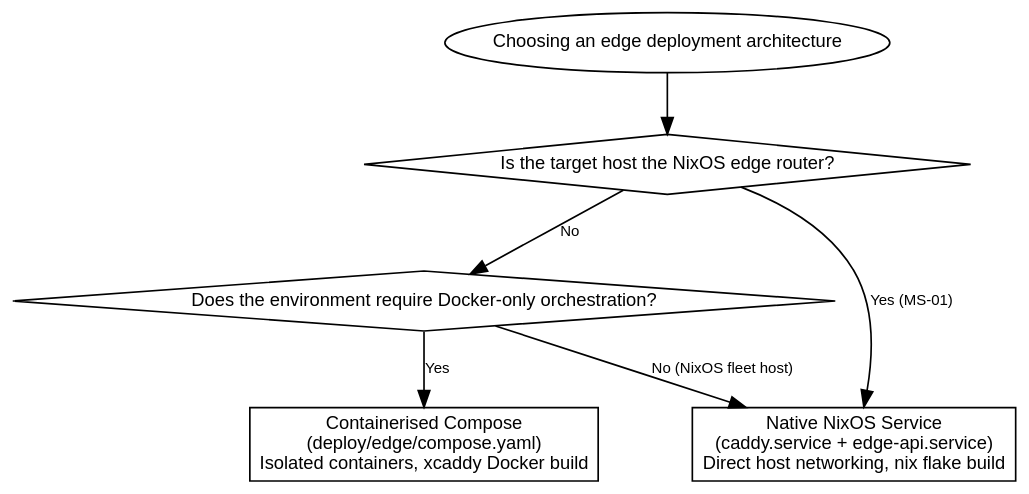
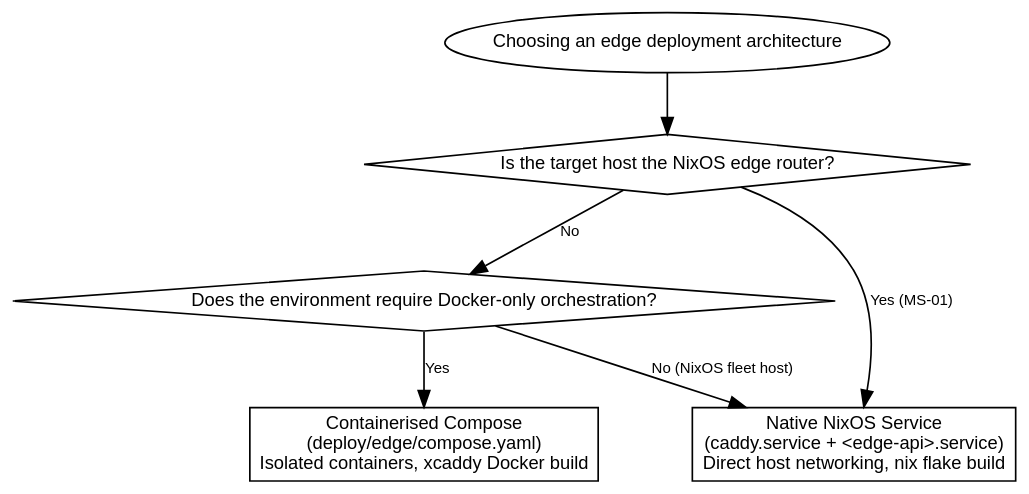
The third of 3 diagrams in src/content/docs/reference/edge-caddy-on-nixos.mdx (erfianugrah/lexicanum), drawn with Graphviz before and after one commit. The commit also changed other lines of this file and 90 other files, not shown here.

````diff
--- a/src/content/docs/reference/edge-caddy-on-nixos.mdx
+++ b/src/content/docs/reference/edge-caddy-on-nixos.mdx
@@ -487,20 +487,20 @@
 ```dot
 digraph {
   rankdir=TB; bgcolor="transparent"; nodesep=0.3; ranksep=0.5;
   fontname="Helvetica,Arial,sans-serif";
   node [fontname="Helvetica,Arial,sans-serif", fontsize=11, shape=box];
   edge [fontname="Helvetica,Arial,sans-serif", fontsize=9];
 
   start [label="Choosing an edge deployment architecture", shape=ellipse];
   q1 [label="Is the target host the NixOS edge router?", shape=diamond];
   q2 [label="Does the environment require Docker-only orchestration?", shape=diamond];
-  native [label="Native NixOS Service\n(caddy.service + edge-api.service)\nDirect host networking, nix flake build"];
+  native [label="Native NixOS Service\n(caddy.service + <edge-api>.service)\nDirect host networking, nix flake build"];
   compose [label="Containerised Compose\n(deploy/edge/compose.yaml)\nIsolated containers, xcaddy Docker build"];
 
   start -> q1;
   q1 -> native [label="Yes (MS-01)"];
   q1 -> q2 [label="No"];
   q2 -> compose [label="Yes"];
   q2 -> native [label="No (NixOS fleet host)"];
 }
 ```
````
